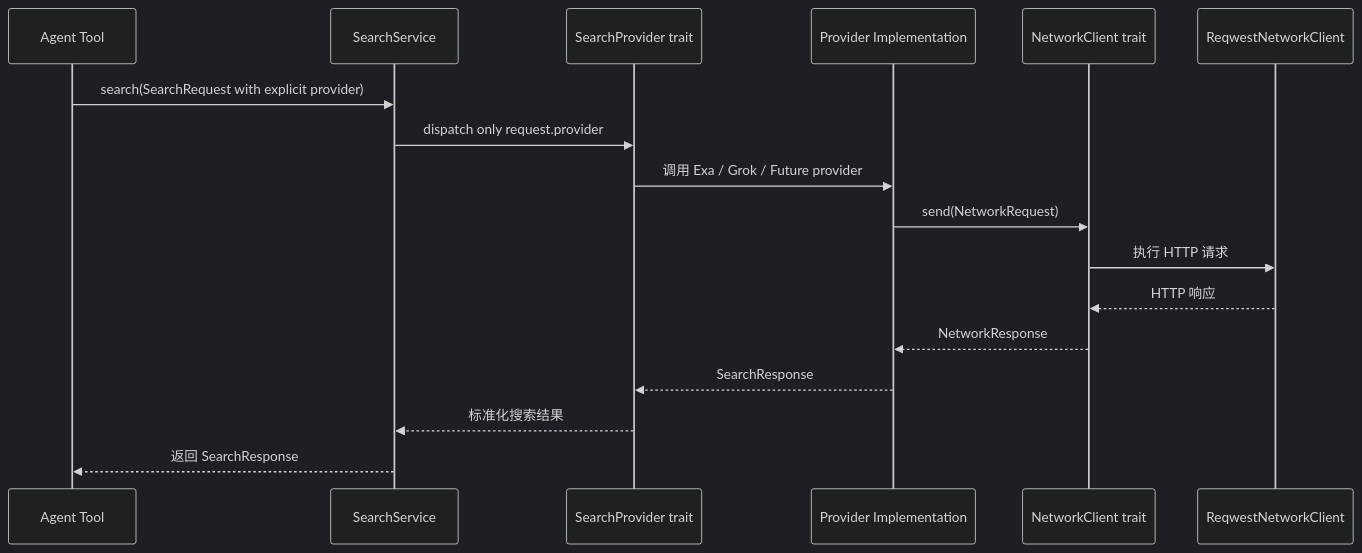
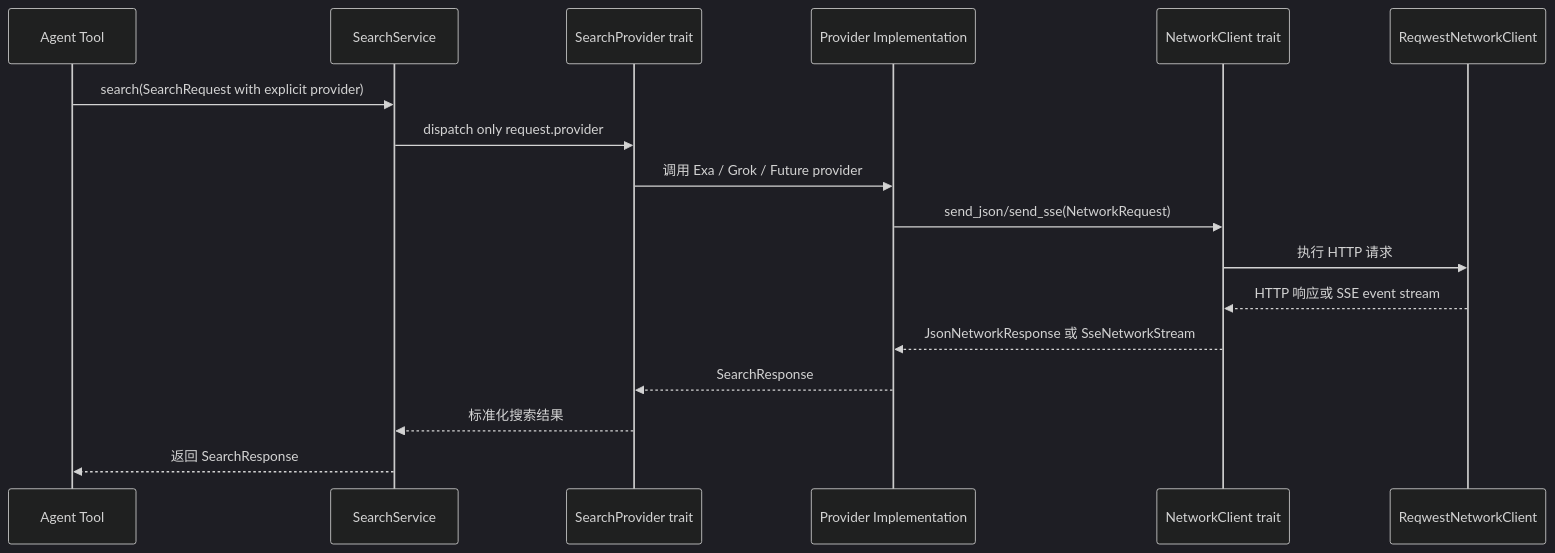
The fifth of 5 diagrams in docs/research-agent-product.md (Runa798/fathomx), drawn with Mermaid (dark theme) before and after one commit. The commit also changed other lines of this file and 108 other files, not shown here.

````diff
--- a/docs/research-agent-product.md
+++ b/docs/research-agent-product.md
@@ -570,20 +547,20 @@
 ```mermaid
 sequenceDiagram
   participant Tool as Agent Tool
   participant Service as SearchService
   participant Provider as SearchProvider trait
   participant Impl as Provider Implementation
   participant Net as NetworkClient trait
   participant Reqwest as ReqwestNetworkClient
 
   Tool->>Service: search(SearchRequest with explicit provider)
   Service->>Provider: dispatch only request.provider
   Provider->>Impl: 调用 Exa / Grok / Future provider
-  Impl->>Net: send(NetworkRequest)
+  Impl->>Net: send_json/send_sse(NetworkRequest)
   Net->>Reqwest: 执行 HTTP 请求
-  Reqwest-->>Net: HTTP 响应
-  Net-->>Impl: NetworkResponse
+  Reqwest-->>Net: HTTP 响应或 SSE event stream
+  Net-->>Impl: JsonNetworkResponse 或 SseNetworkStream
   Impl-->>Provider: SearchResponse
   Provider-->>Service: 标准化搜索结果
   Service-->>Tool: 返回 SearchResponse
 ```
````
